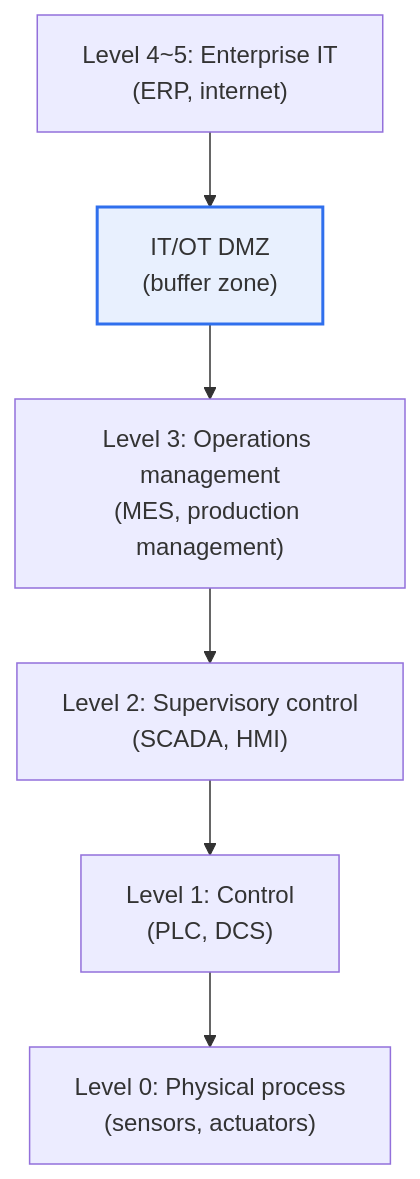
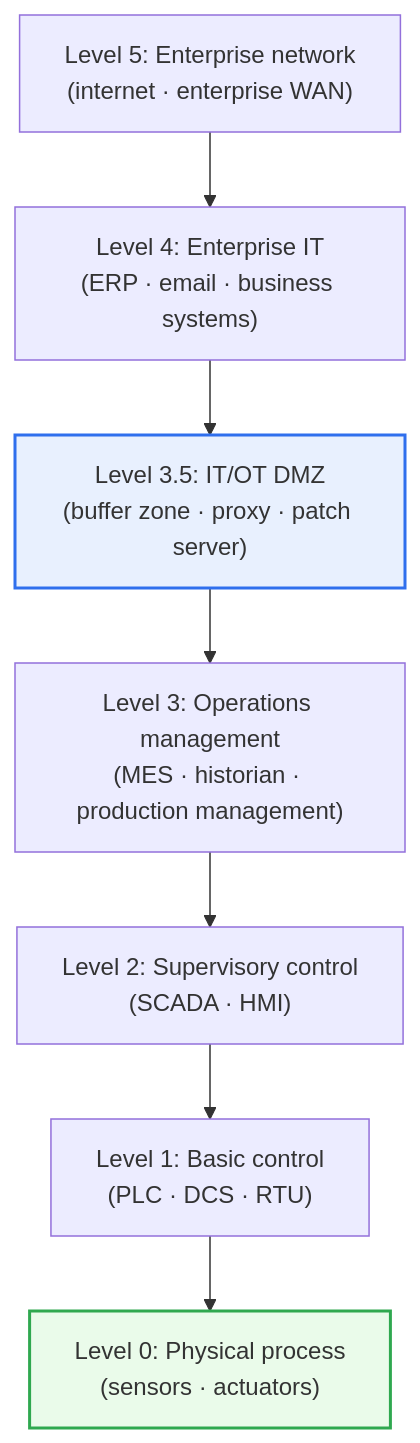
The first of 2 diagrams in content/en/purdue-model.md (coninggu/wjdqhrhksflrltnftk), drawn with Mermaid before and after one commit. The commit also changed other lines of this file and 37 other files, not shown here.

````diff
--- a/content/en/purdue-model.md
+++ b/content/en/purdue-model.md
@@ -15,9 +19,11 @@
 ```mermaid
 flowchart TB
-  L5["Level 4~5: Enterprise IT<br/>(ERP, internet)"] --> DMZ["IT/OT DMZ<br/>(buffer zone)"]
-  DMZ --> L3["Level 3: Operations management<br/>(MES, production management)"]
-  L3 --> L2["Level 2: Supervisory control<br/>(SCADA, HMI)"]
-  L2 --> L1["Level 1: Control<br/>(PLC, DCS)"]
-  L1 --> L0["Level 0: Physical process<br/>(sensors, actuators)"]
+  L5["Level 5: Enterprise network<br/>(internet · enterprise WAN)"] --> L4["Level 4: Enterprise IT<br/>(ERP · email · business systems)"]
+  L4 --> DMZ["Level 3.5: IT/OT DMZ<br/>(buffer zone · proxy · patch server)"]
+  DMZ --> L3["Level 3: Operations management<br/>(MES · historian · production management)"]
+  L3 --> L2["Level 2: Supervisory control<br/>(SCADA · HMI)"]
+  L2 --> L1["Level 1: Basic control<br/>(PLC · DCS · RTU)"]
+  L1 --> L0["Level 0: Physical process<br/>(sensors · actuators)"]
   style DMZ fill:#e8f0fe,stroke:#2f6fed,stroke-width:2px
+  style L0 fill:#eafbea,stroke:#2fa84f,stroke-width:2px
 ```
````
